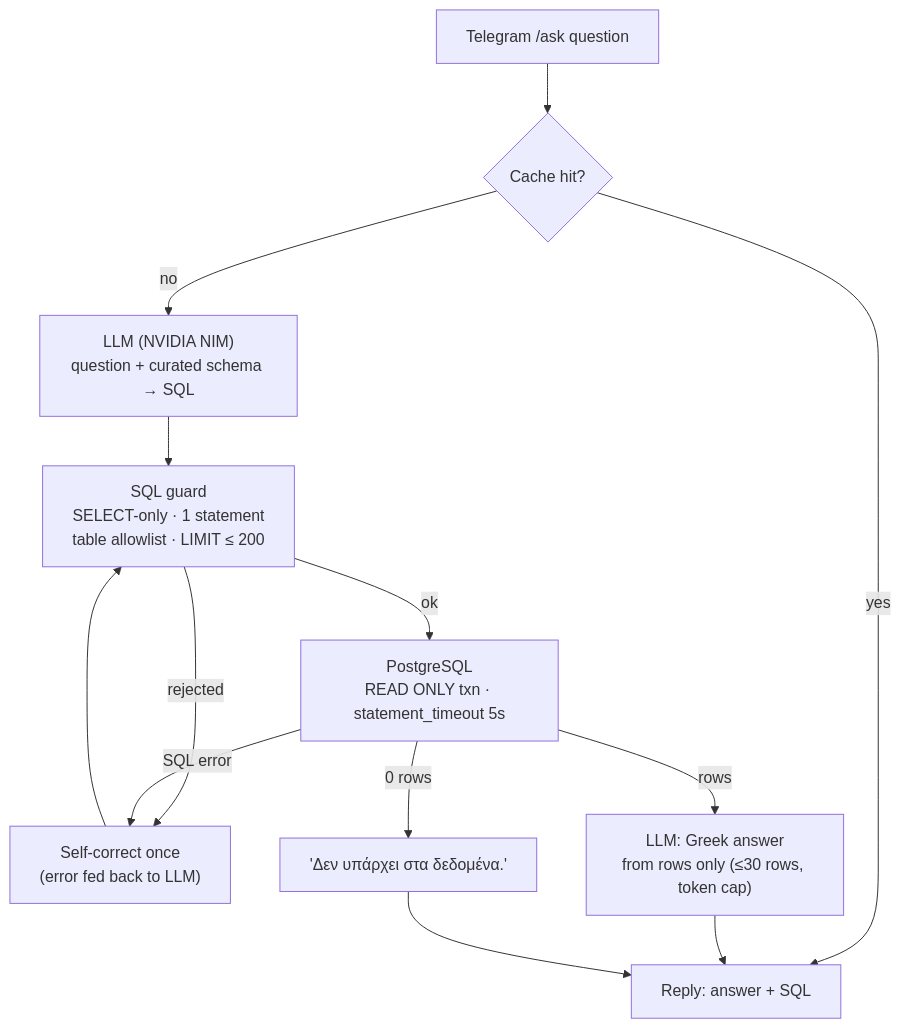
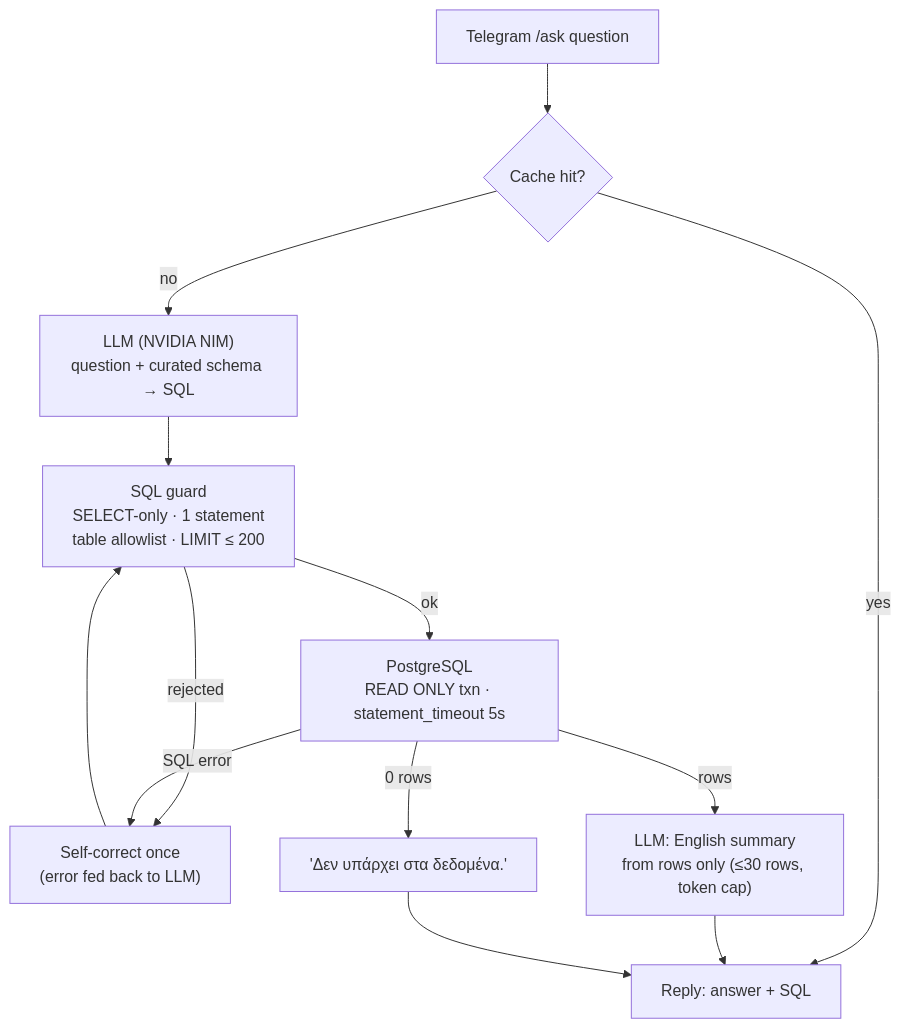
One commit to StavrosKav/skroutz-data-pipeline changed the diagram in docs/ASK_AGENT.md. Above: the diagram before and after it, drawn with Mermaid. The commit also changed 4 other files, not shown here.

First line of the commit message:
fix(ask): write the /ask summary in English

````diff
--- a/docs/ASK_AGENT.md
+++ b/docs/ASK_AGENT.md
@@ -13,15 +13,15 @@
 ```mermaid
 flowchart TD
   U["Telegram /ask question"] --> C{"Cache hit?"}
   C -- yes --> R["Reply: answer + SQL"]
   C -- no --> G["LLM (NVIDIA NIM)\nquestion + curated schema → SQL"]
   G --> V["SQL guard\nSELECT-only · 1 statement\ntable allowlist · LIMIT ≤ 200"]
   V -- rejected --> F["Self-correct once\n(error fed back to LLM)"]
   V -- ok --> X["PostgreSQL\nREAD ONLY txn · statement_timeout 5s"]
   X -- SQL error --> F
   F --> V
   X -- 0 rows --> N["'Δεν υπάρχει στα δεδομένα.'"]
-  X -- rows --> A["LLM: Greek answer\nfrom rows only (≤30 rows, token cap)"]
+  X -- rows --> A["LLM: English summary\nfrom rows only (≤30 rows, token cap)"]
   A --> R
   N --> R
 ```
````
